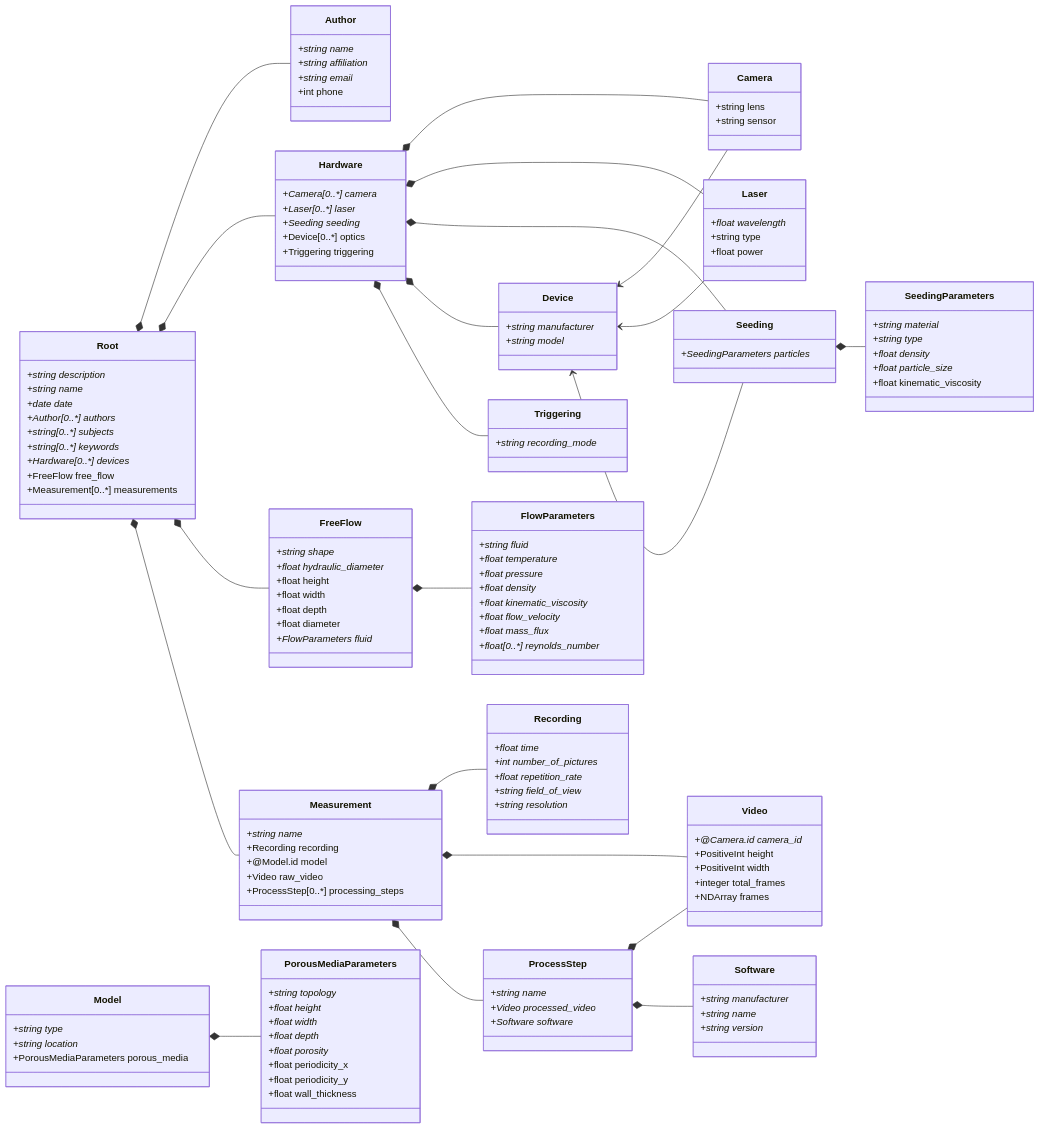
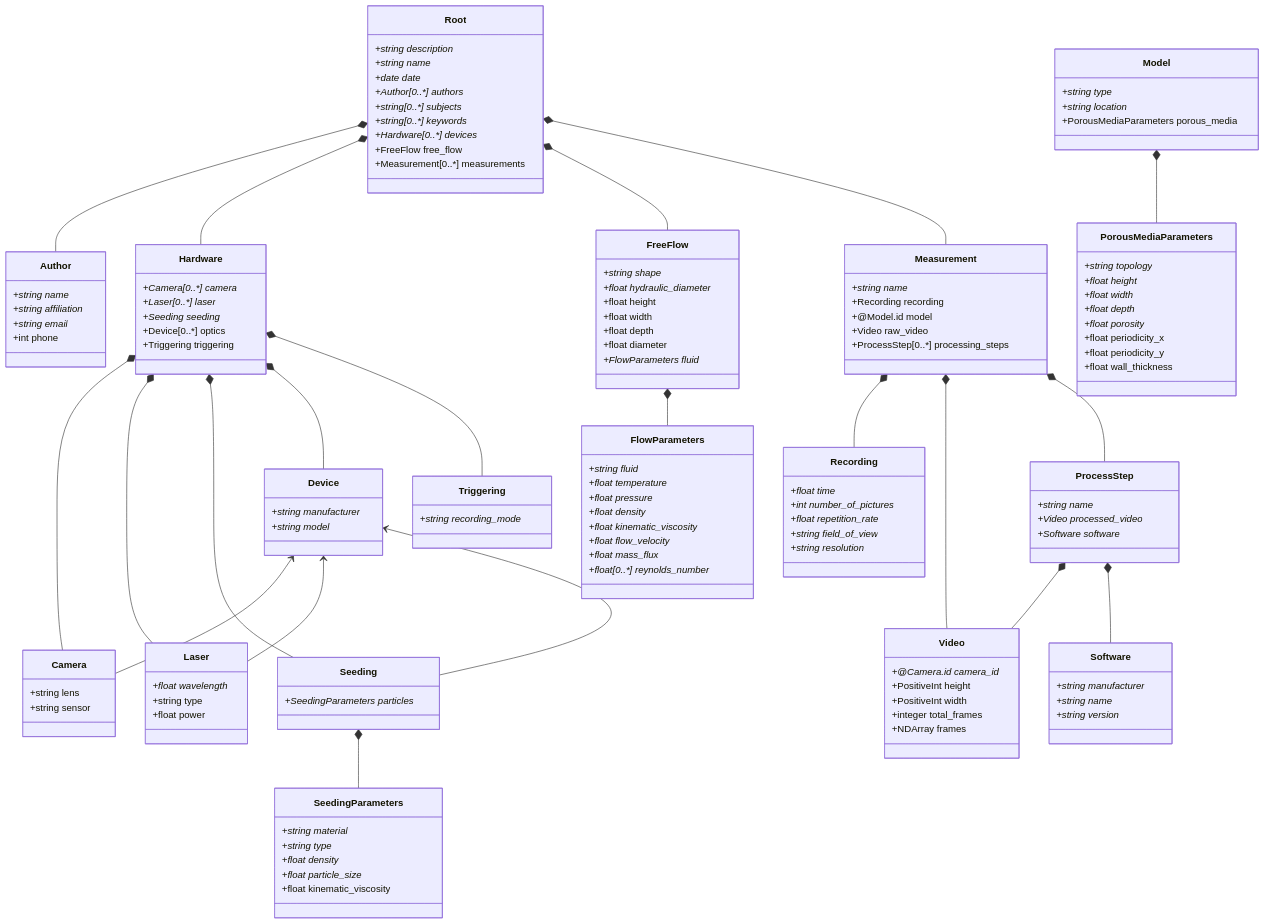
Before and after one commit to SimTech-Research-Data-Management/porous-media-flow-model: the diagram in PorousPy/schemes/Dataset EXC2075 PN1-3.md, drawn with Mermaid.

Commit message:
Update Dataset EXC2075 PN1-3.md

````diff
--- a/PorousPy/schemes/Dataset EXC2075 PN1-3.md
+++ b/PorousPy/schemes/Dataset EXC2075 PN1-3.md
@@ -1,6 +1,5 @@
 ```mermaid
 classDiagram
-    direction LR
     Device <-- Camera
     Device <-- Laser
     Device <-- Seeding
````
